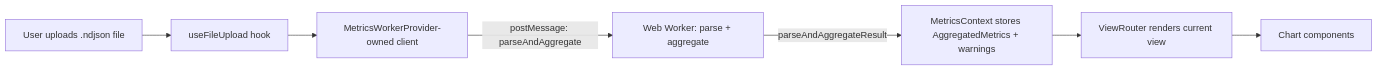
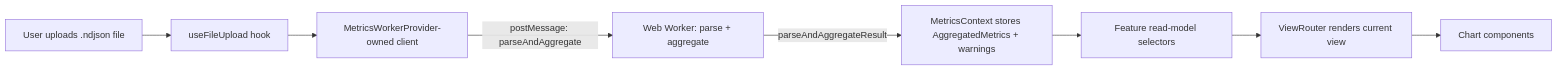
One commit to asizikov-demos/copilot-user-level-statistics-viewer changed the first of 2 diagrams in docs/project-overview.md. Above: the diagram before and after it, drawn with Mermaid. The commit also changed other lines of this file, not shown here.

First line of the commit message:
docs: document feature read-model boundary

````diff
--- a/docs/project-overview.md
+++ b/docs/project-overview.md
@@ -70,9 +71,10 @@
 ```mermaid
 flowchart LR
   A[User uploads .ndjson file] --> B[useFileUpload hook]
   B --> C[MetricsWorkerProvider-owned client]
   C -->|postMessage: parseAndAggregate| W[Web Worker: parse + aggregate]
   W -->|parseAndAggregateResult| D[MetricsContext stores AggregatedMetrics + warnings]
-  D --> E[ViewRouter renders current view]
+  D --> RM[Feature read-model selectors]
+  RM --> E[ViewRouter renders current view]
   E --> F[Chart components]
 ```
````
